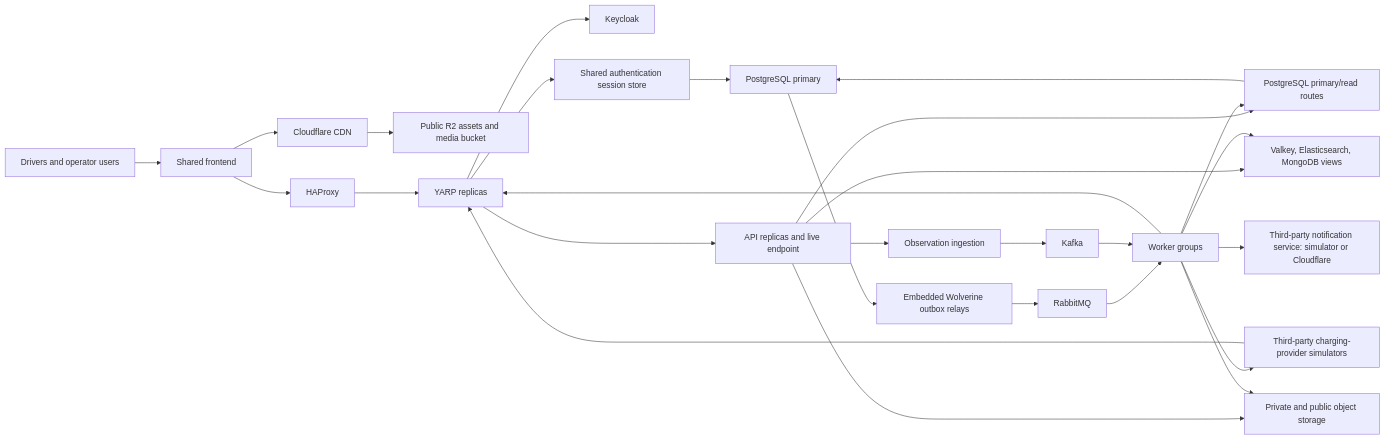
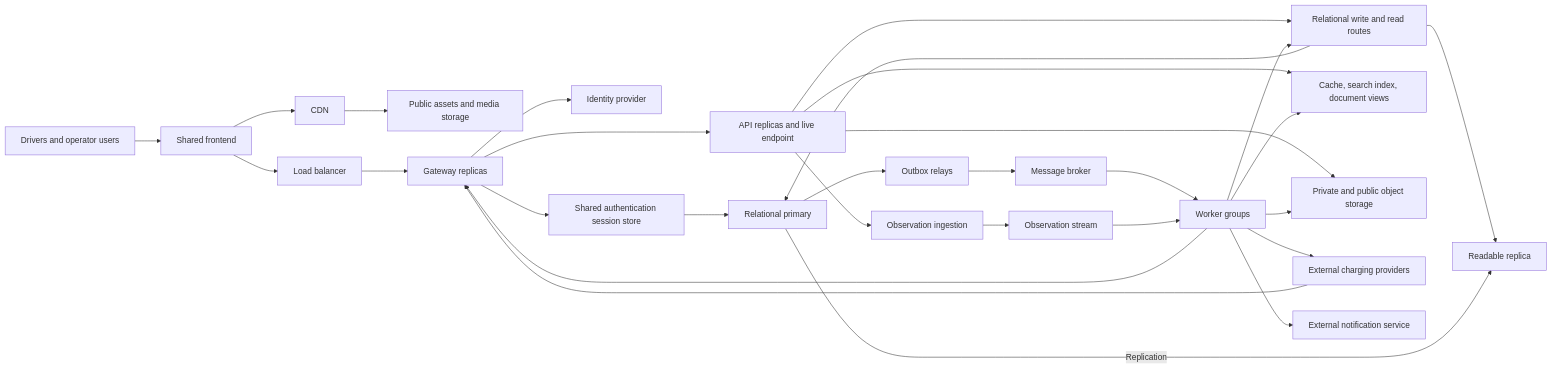
One commit to AFayziev/ev-charging-system-design-lab changed the first of 3 diagrams in docs/architecture.md. Above: the diagram before and after it, drawn with Mermaid. The commit also changed other lines of this file and 16 other files, not shown here.

````diff
--- a/docs/architecture.md
+++ b/docs/architecture.md
@@ -54,29 +49,31 @@
 ```mermaid
 flowchart LR
     Users[Drivers and operator users] --> UI[Shared frontend]
-    UI --> CDN[Cloudflare CDN]
-    CDN --> Origin[Public R2 assets and media bucket]
-    UI --> Edge[HAProxy]
-    Edge --> Gateway[YARP replicas]
-    Gateway --> Identity[Keycloak]
+    UI --> CDN[CDN]
+    CDN --> Origin[Public assets and media storage]
+    UI --> Edge[Load balancer]
+    Edge --> Gateway[Gateway replicas]
+    Gateway --> Identity[Identity provider]
     Gateway --> Sessions[Shared authentication session store]
-    Sessions --> Primary[PostgreSQL primary]
-    SQL[PostgreSQL primary/read routes] --> Primary
+    Sessions --> Primary[Relational primary]
+    SQL[Relational write and read routes] --> Primary
+    SQL --> Replica[Readable replica]
+    Primary -->|Replication| Replica
     Gateway --> API[API replicas and live endpoint]
     API --> SQL
-    API --> Views[Valkey, Elasticsearch, MongoDB views]
+    API --> Views[Cache, search index, document views]
     API --> Objects[Private and public object storage]
-    Primary --> Relay[Embedded Wolverine outbox relays]
-    Relay --> Broker[RabbitMQ]
+    Primary --> Relay[Outbox relays]
+    Relay --> Broker[Message broker]
     Broker --> Workers[Worker groups]
     Workers --> Gateway
-    Workers --> Providers[Third-party charging-provider simulators]
-    Workers --> Notifications[Third-party notification service: simulator or Cloudflare]
+    Workers --> Providers[External charging providers]
+    Workers --> Notifications[External notification service]
     Providers --> Gateway
     API --> Ingest[Observation ingestion]
-    Ingest --> Stream[Kafka]
+    Ingest --> Stream[Observation stream]
     Stream --> Workers
     Workers --> Views
     Workers --> SQL
     Workers --> Objects
 ```
````
